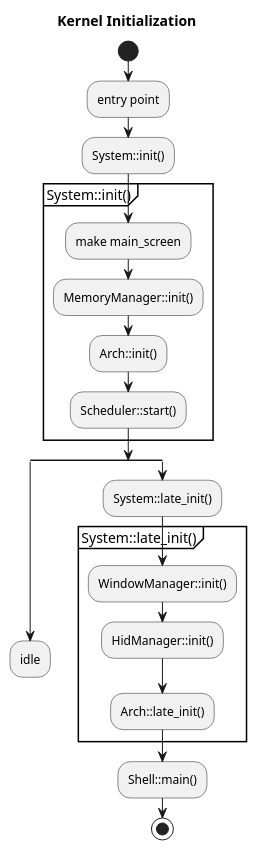
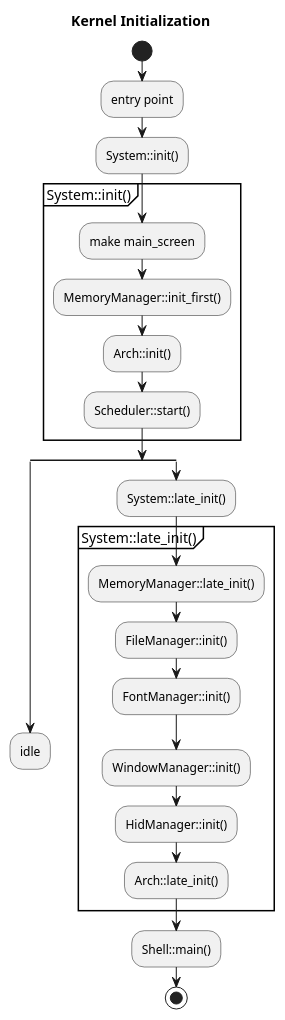
Before and after one commit to neri/poe: the second of 2 diagrams in ARCHITECTURE.md, drawn with PlantUML. The commit also changed other lines of this file and 51 other files, not shown here.

````diff
--- a/ARCHITECTURE.md
+++ b/ARCHITECTURE.md
@@ -82,28 +94,31 @@
 ``` plantuml
 @startuml
 title Kernel Initialization
 start
 :entry point;
 :System::init();
 partition System::init() {
     :make main_screen;
-    :MemoryManager::init();
+    :MemoryManager::init_first();
     :Arch::init();
     :Scheduler::start();
 }
 split 
     :idle;
     detach
 split again
     :System::late_init();
     partition System::late_init() {
+        :MemoryManager::late_init();
+        :FileManager::init();
+        :FontManager::init();
         :WindowManager::init();
         :HidManager::init();
         :Arch::late_init();
     }
     :Shell::main();
     stop
 end split
 
 @enduml
 ```
````
